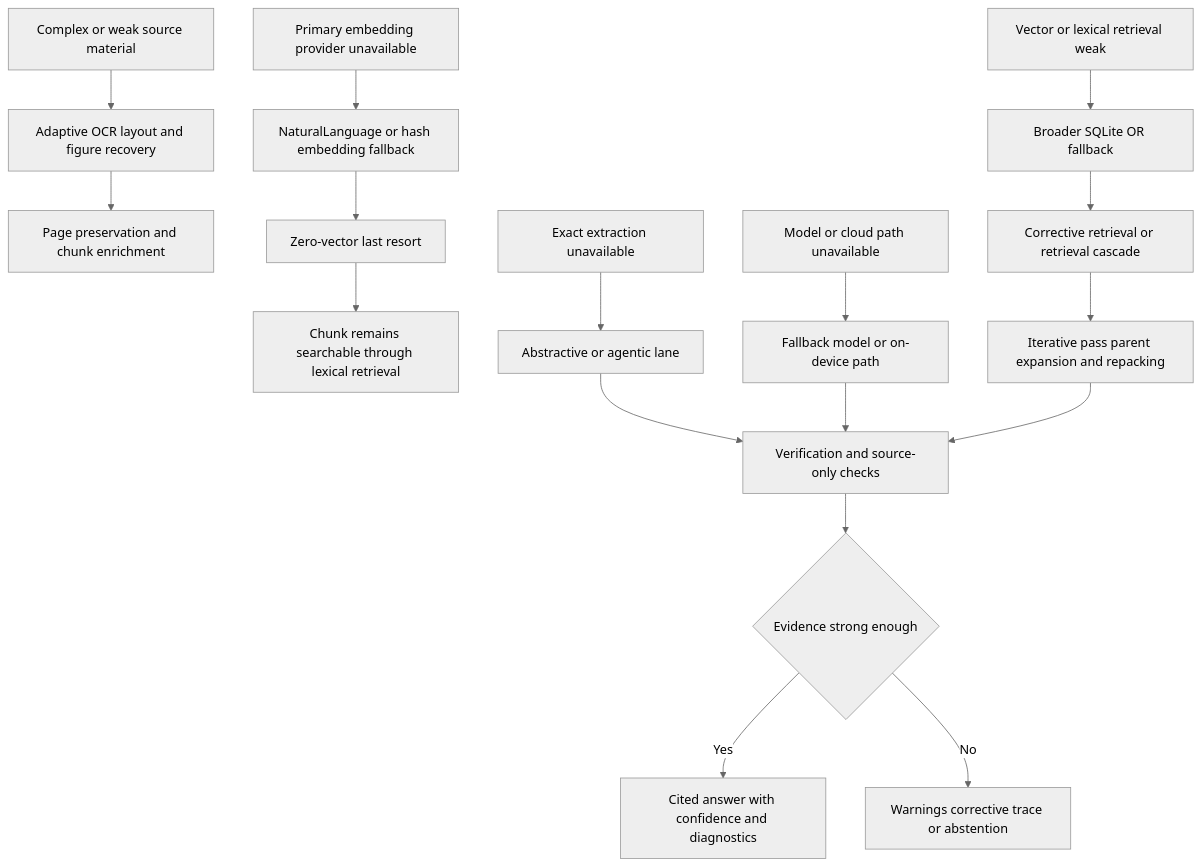
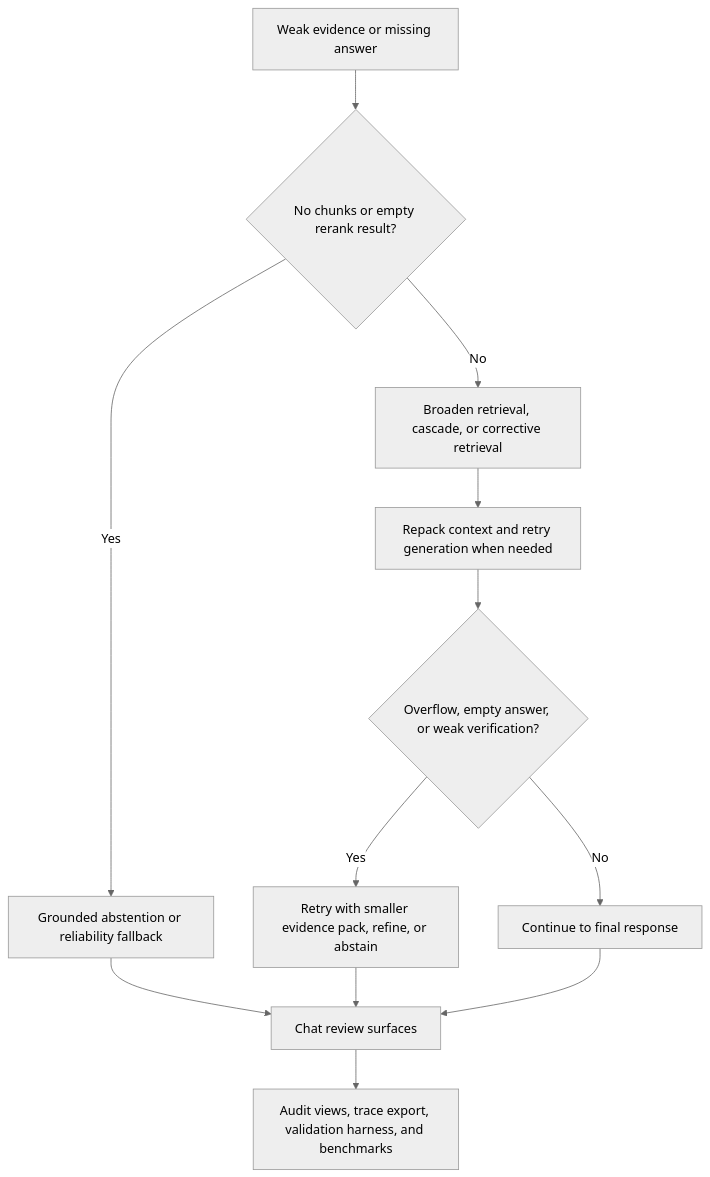
One commit to Gunnarguy/OpenIntelligence changed the fifth of 5 diagrams in README.md. Above: the diagram before and after it, drawn with Mermaid (neutral theme). The commit also changed other lines of this file, not shown here.

````diff
--- a/README.md
+++ b/README.md
@@ -230,23 +221,14 @@
 ```mermaid
 flowchart TD
-  A[Complex or weak source material] --> B[Adaptive OCR layout and figure recovery]
-  B --> C[Page preservation and chunk enrichment]
-
-  D[Primary embedding provider unavailable] --> E[NaturalLanguage or hash embedding fallback]
-  E --> F[Zero-vector last resort]
-  F --> G[Chunk remains searchable through lexical retrieval]
-
-  H[Vector or lexical retrieval weak] --> I[Broader SQLite OR fallback]
-  I --> J[Corrective retrieval or retrieval cascade]
-  J --> K[Iterative pass parent expansion and repacking]
-
-  L[Exact extraction unavailable] --> M[Abstractive or agentic lane]
-  N[Model or cloud path unavailable] --> O[Fallback model or on-device path]
-  M --> P[Verification and source-only checks]
-  O --> P
-  K --> P
-
-  P --> Q{Evidence strong enough}
-  Q -->|Yes| R[Cited answer with confidence and diagnostics]
-  Q -->|No| S[Warnings corrective trace or abstention]
+   A[Weak evidence or missing answer] --> B{No chunks or empty rerank result?}
+   B -- Yes --> C[Grounded abstention or reliability fallback]
+   B -- No --> D[Broaden retrieval, cascade, or corrective retrieval]
+   D --> E[Repack context and retry generation when needed]
+   E --> F{Overflow, empty answer, or weak verification?}
+   F -- Yes --> G[Retry with smaller evidence pack, refine, or abstain]
+   F -- No --> H[Continue to final response]
+   C --> I[Chat review surfaces]
+   G --> I
+   H --> I
+   I --> J[Audit views, trace export, validation harness, and benchmarks]
 ```
````
